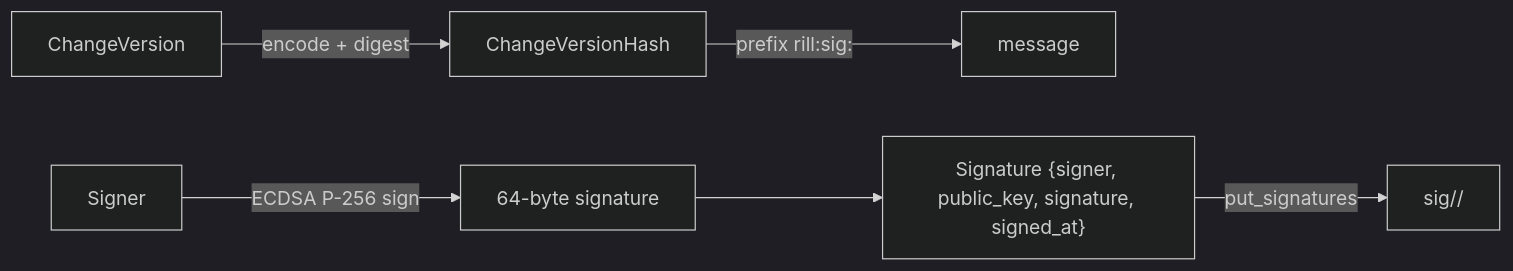
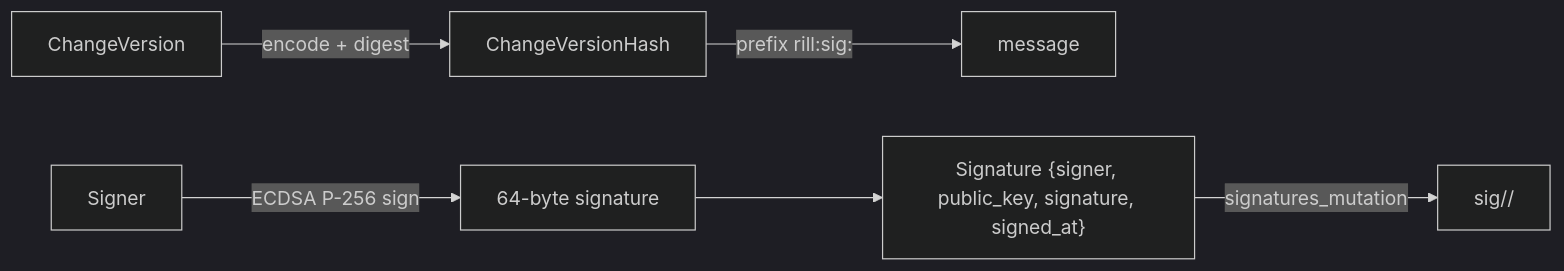
The diagram in architecture/05-policy/signing.md (envoy1084/rill), drawn with Mermaid (dark theme) before and after one commit. The commit also changed other lines of this file and 22 other files, not shown here.

````diff
--- a/architecture/05-policy/signing.md
+++ b/architecture/05-policy/signing.md
@@ -19,8 +19,8 @@
 ```mermaid
 flowchart LR
     CV[ChangeVersion] -->|encode + digest| H[ChangeVersionHash]
     H -->|"prefix rill:sig:"| M[message]
     K[Signer] -->|ECDSA P-256 sign| S[64-byte signature]
     S --> R["Signature {signer, public_key, signature, signed_at}"]
-    R -->|put_signatures| ST["sig/<repo>/<hash>"]
+    R -->|signatures_mutation| ST["sig/<repo>/<hash>"]
 ```
````
